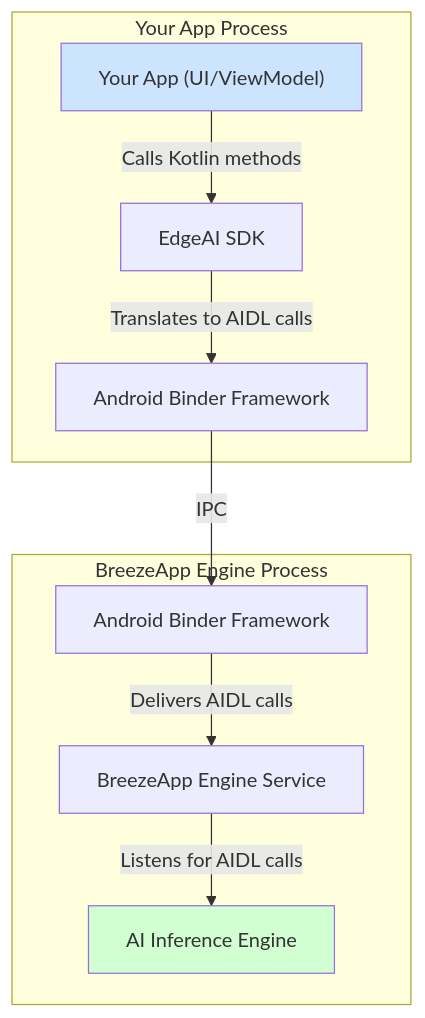
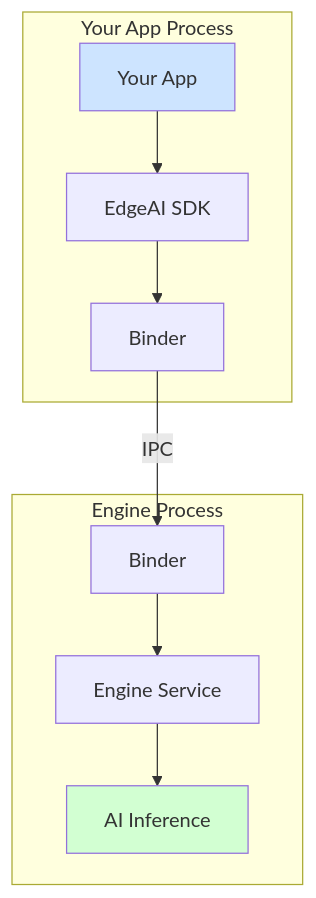
Before and after one commit to mtkresearch/BreezeApp-engine: the diagram in android/EdgeAI/docs/maintainers/architecture.md, drawn with Mermaid. The commit also changed other lines of this file and 1 other file, not shown here.

First line of the commit message:
docs: make EdgeAI architecture documentation more concise

````diff
--- a/android/EdgeAI/docs/maintainers/architecture.md
+++ b/android/EdgeAI/docs/maintainers/architecture.md
@@ -17,17 +17,17 @@
 ```mermaid
 graph TD
     subgraph "Your App Process"
-        A["Your App (UI/ViewModel)"] -- "Calls Kotlin methods" --> B["EdgeAI SDK"];
-        B -- "Translates to AIDL calls" --> C["Android Binder Framework"];
+        A["Your App"] --> B["EdgeAI SDK"];
+        B --> C["Binder"];
     end
-
-    subgraph "BreezeApp Engine Process"
-        E["BreezeApp Engine Service"] -- "Listens for AIDL calls" --> F["AI Inference Engine"];
-        D["Android Binder Framework"] -- "Delivers AIDL calls" --> E;
+    
+    subgraph "Engine Process"
+        D["Binder"] --> E["Engine Service"];
+        E --> F["AI Inference"];
     end
-
+    
     C -- "IPC" --> D;
-
+    
     style A fill:#cde4ff
     style F fill:#d2ffd2
 ```
````
